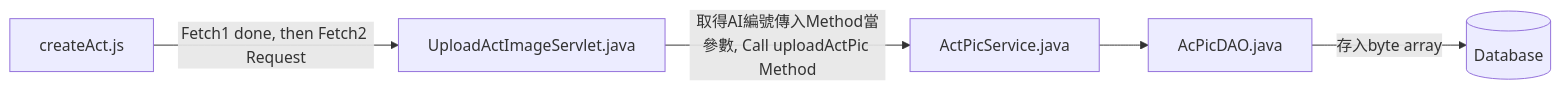
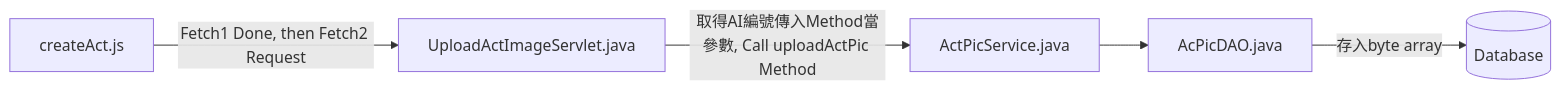
Before and after one commit to TLexYuW/CGA103G1OwnPart: the fourth of 16 diagrams in README.md, drawn with Mermaid. The commit also changed other lines of this file, not shown here.

````diff
--- a/README.md
+++ b/README.md
@@ -73,6 +73,6 @@
 ```mermaid
 flowchart LR
-	cA[createAct.js] -->|Fetch1 done, then Fetch2 Request| UAIS[UploadActImageServlet.java] 
+	cA[createAct.js] -->|Fetch1 Done, then Fetch2 Request| UAIS[UploadActImageServlet.java] 
 	-->|取得AI編號傳入Method當參數, Call uploadActPic Method| APS[ActPicService.java]
 	--> APD[AcPicDAO.java] -->|存入byte array| DB[(Database)]
 ```
````
